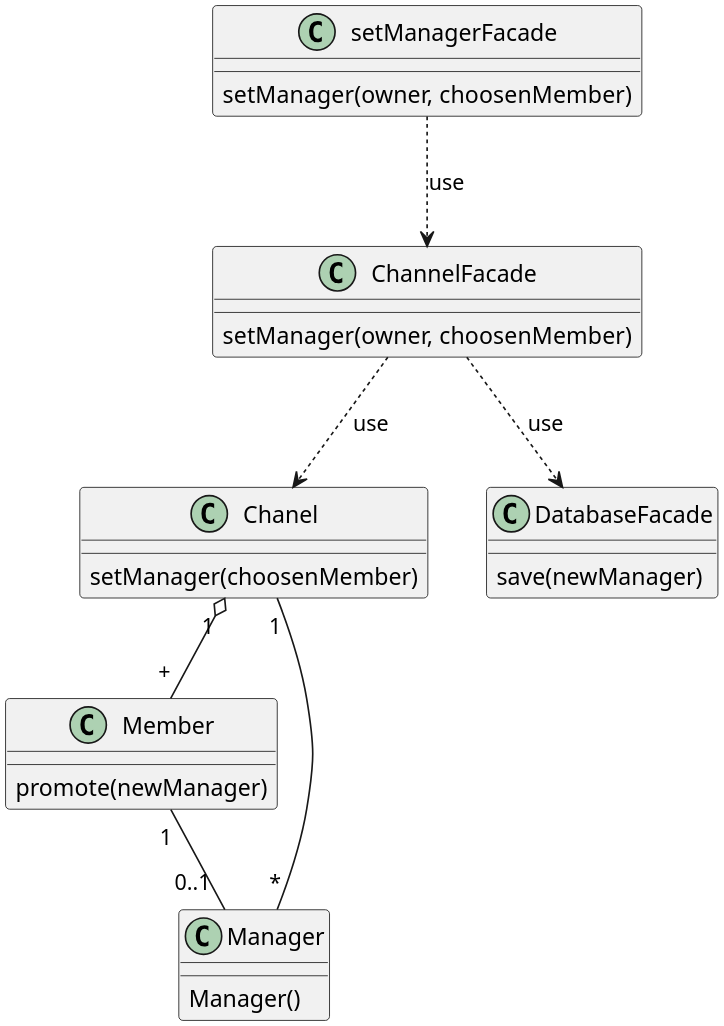
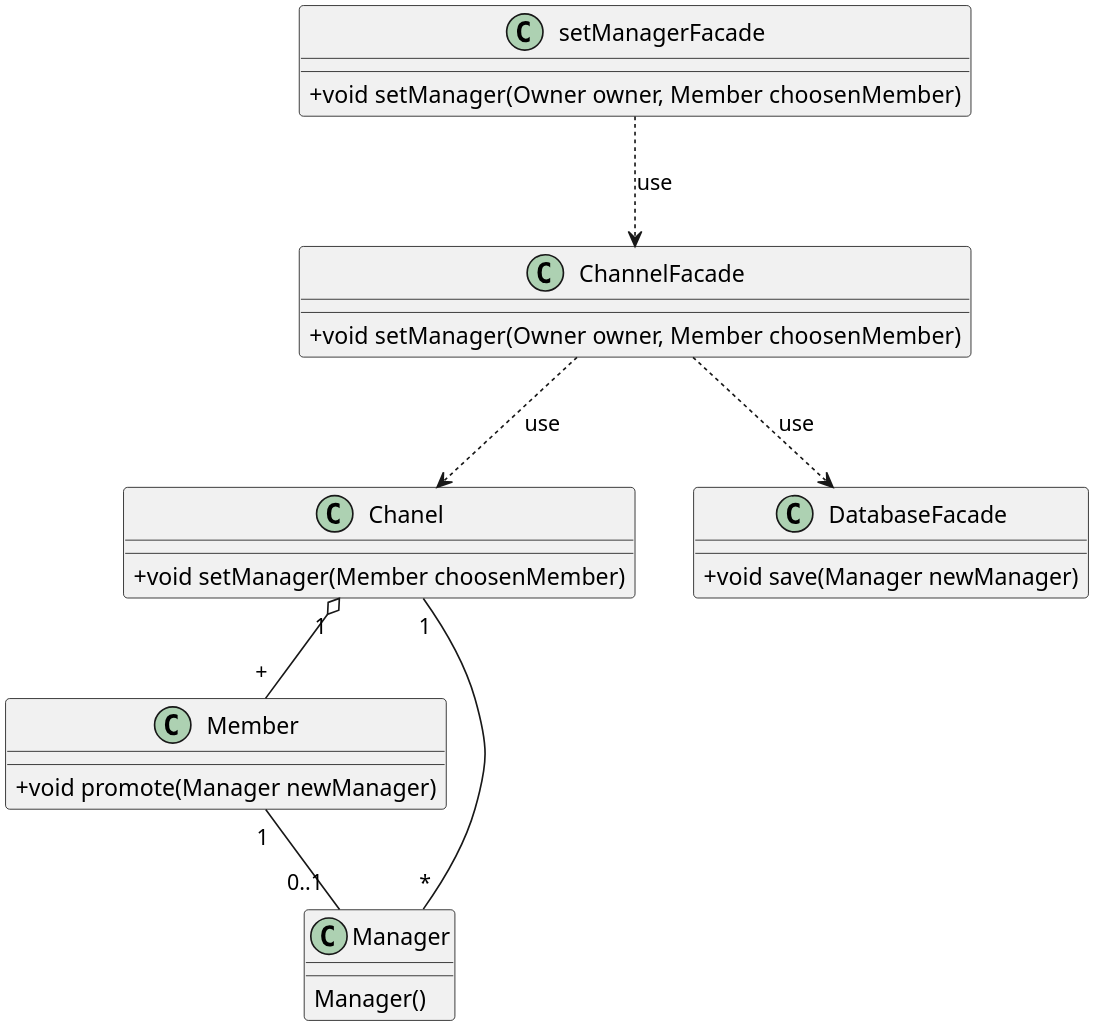
One commit to soleyman79/Qasedak changed the diagram in Diagrams/Design Class/ChooseManager.puml. Above: the diagram before and after it, drawn with PlantUML.

Commit message:
ChooseManager: add type and privacy

```diff
--- a/Diagrams/Design Class/ChooseManager.puml
+++ b/Diagrams/Design Class/ChooseManager.puml
@@ -1,41 +1,42 @@
 @startuml choose_manager
 
 
 scale 3
 skinparam DefaultFontName B Nazanin
 skinparam ArrowMessageAlignment right
+skinparam classAttributeIconSize 0
 
 
 class "Chanel" as chanel {
-    setManager(choosenMember)
+    +void setManager(Member choosenMember)
 }
 
 class "Member" as member {
-    promote(newManager)
+    +void promote(Manager newManager)
 }
 
 class "Manager" as manager {
     Manager()
 }
 
 class setManagerFacade {
-    setManager(owner, choosenMember)
+    +void setManager(Owner owner, Member choosenMember)
 }
 
 class ChannelFacade {
-    setManager(owner, choosenMember)
+    +void setManager(Owner owner, Member choosenMember)
 }
 
 
 class "DatabaseFacade" {
-    save(newManager)
+    +void save(Manager newManager)
 }
 
 chanel "            1" o-- "            +" member
 member "        1" -- "          0..1" manager
 chanel "1" -- "*" manager
 setManagerFacade ..> ChannelFacade :use
 ChannelFacade ..> chanel :use
 ChannelFacade ..> DatabaseFacade :use
 
 @enduml
```
